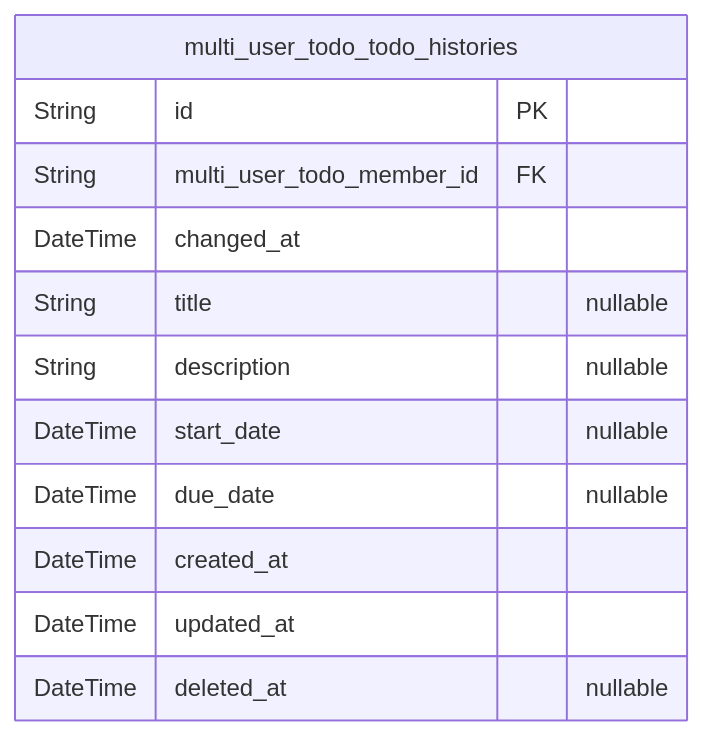
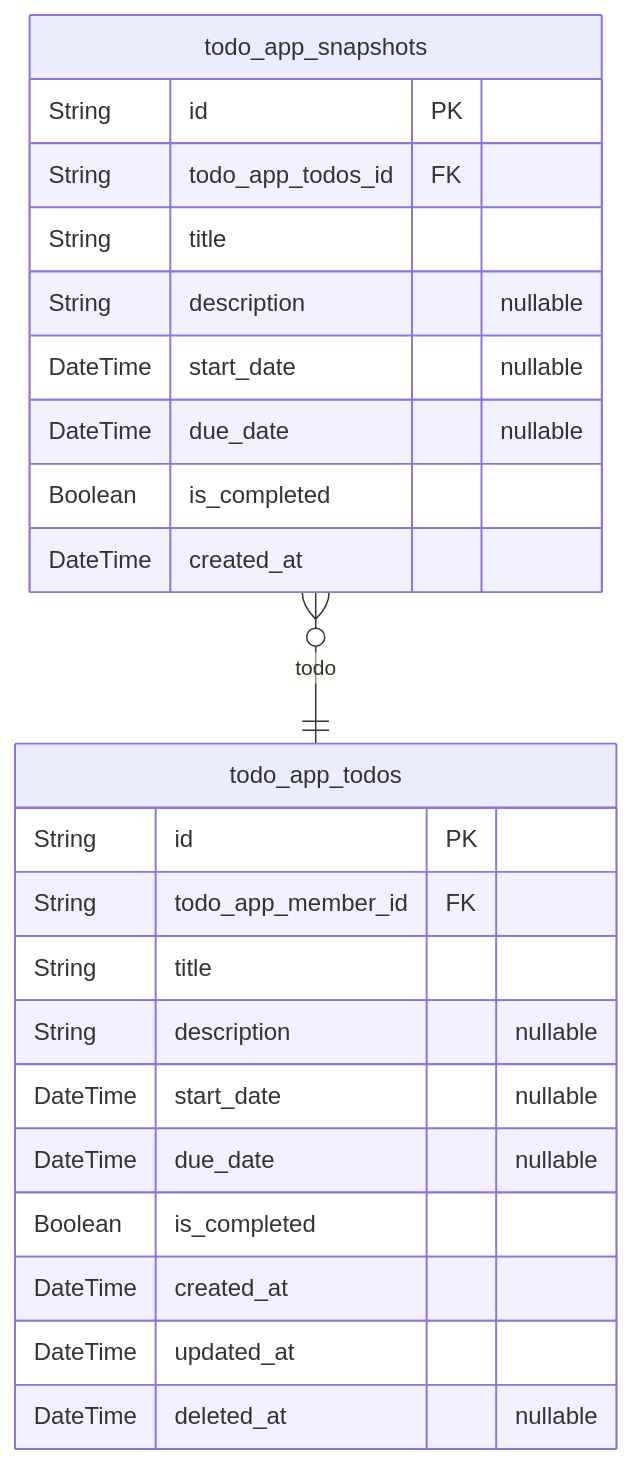
Before and after one commit to wrtnlabs/autobe-examples: the second of 2 diagrams in qwen/qwen3.5-122b-a10b/todo/docs/ERD.md, drawn with Mermaid. The commit also changed other lines of this file and 32093 other files, not shown here.

````diff
--- a/qwen/qwen3.5-122b-a10b/todo/docs/ERD.md
+++ b/qwen/qwen3.5-122b-a10b/todo/docs/ERD.md
@@ -228,15 +528,26 @@
 ```mermaid
 erDiagram
-"multi_user_todo_todo_histories" {
+"todo_app_todos" {
   String id PK
-  String multi_user_todo_member_id FK
-  DateTime changed_at
-  String title "nullable"
+  String todo_app_member_id FK
+  String title
   String description "nullable"
   DateTime start_date "nullable"
   DateTime due_date "nullable"
+  Boolean is_completed
   DateTime created_at
   DateTime updated_at
   DateTime deleted_at "nullable"
 }
+"todo_app_snapshots" {
+  String id PK
+  String todo_app_todos_id FK
+  String title
+  String description "nullable"
+  DateTime start_date "nullable"
+  DateTime due_date "nullable"
+  Boolean is_completed
+  DateTime created_at
+}
+"todo_app_snapshots" }o--|| "todo_app_todos" : todo
 ```
````
